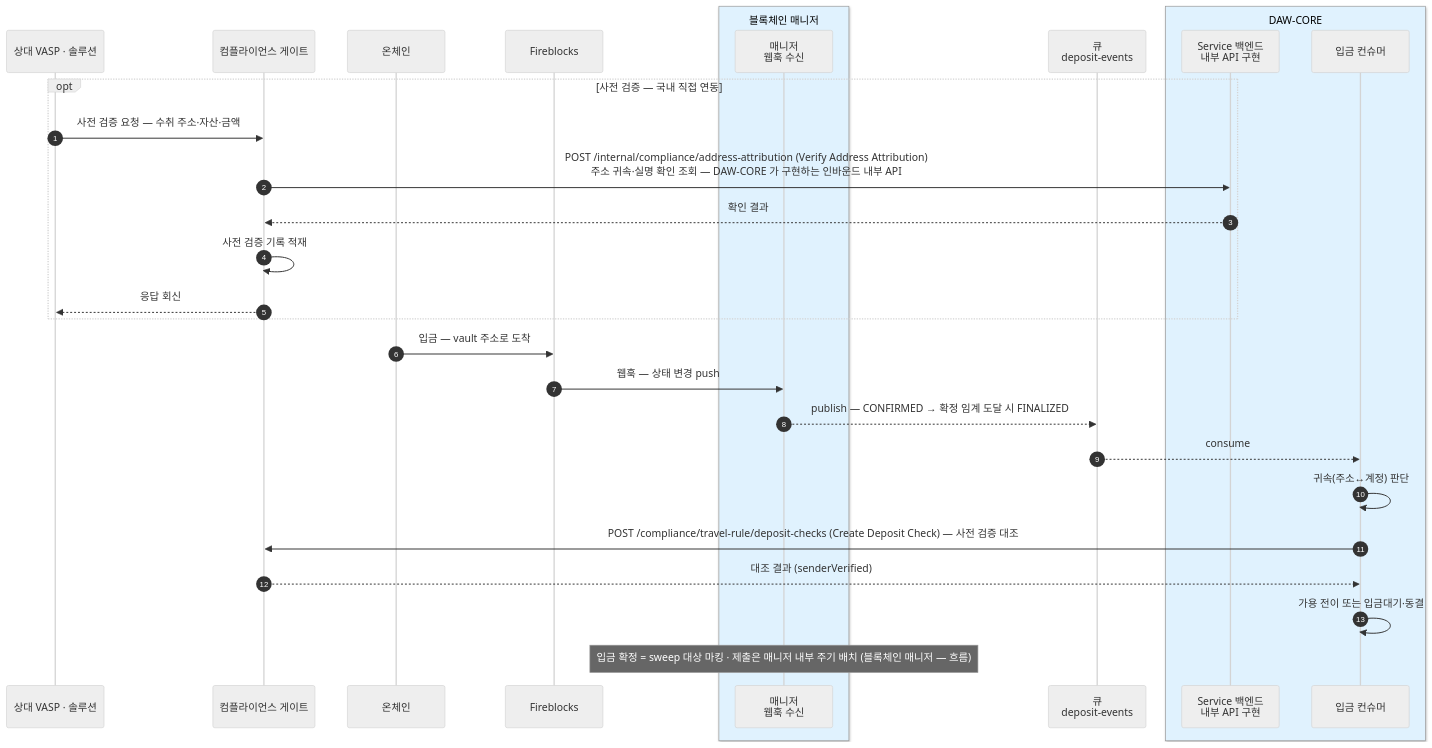
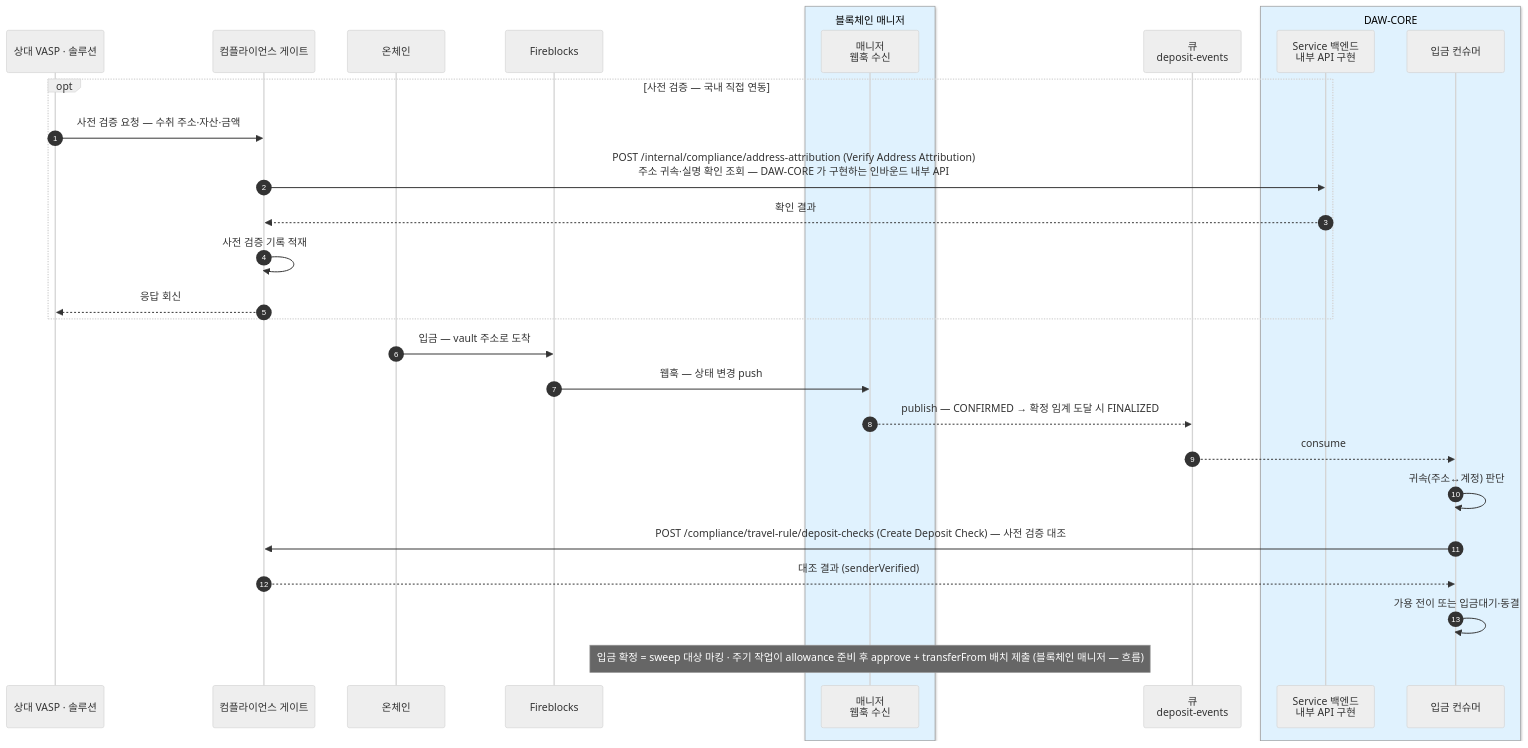
The third of 3 diagrams in docs/design/01-infra.md (eunsujeo/fireblocks-test), drawn with Mermaid (neutral theme) before and after one commit. The commit also changed other lines of this file and 12 other files, not shown here.

````diff
--- a/docs/design/01-infra.md
+++ b/docs/design/01-infra.md
@@ -189,33 +189,33 @@
 ```mermaid
 sequenceDiagram
     autonumber
     participant NET as 상대 VASP · 솔루션
     participant CP as 컴플라이언스 게이트
     participant CH as 온체인
     participant FB as Fireblocks
     box rgb(224,242,254) 블록체인 매니저
     participant BM as 매니저<br/>웹훅 수신
     end
     participant MQ as 큐<br/>deposit-events
     box rgb(224,242,254) DAW-CORE
     participant SVC as Service 백엔드<br/>내부 API 구현
     participant BE as 입금 컨슈머
     end
 
     opt 사전 검증 — 국내 직접 연동
         NET->>CP: 사전 검증 요청 — 수취 주소·자산·금액
         CP->>SVC: POST /internal/compliance/address-attribution (Verify Address Attribution)<br/>주소 귀속·실명 확인 조회 — DAW-CORE 가 구현하는 인바운드 내부 API
         SVC-->>CP: 확인 결과
         CP->>CP: 사전 검증 기록 적재
         CP-->>NET: 응답 회신
     end
     CH->>FB: 입금 — vault 주소로 도착
     FB->>BM: 웹훅 — 상태 변경 push
     BM-->>MQ: publish — CONFIRMED → 확정 임계 도달 시 FINALIZED
     MQ-->>BE: consume
     BE->>BE: 귀속(주소↔계정) 판단
     BE->>CP: POST /compliance/travel-rule/deposit-checks (Create Deposit Check) — 사전 검증 대조
     CP-->>BE: 대조 결과 (senderVerified)
     BE->>BE: 가용 전이 또는 입금대기·동결
-    Note over BM: 입금 확정 = sweep 대상 마킹 · 제출은 매니저 내부 주기 배치 (블록체인 매니저 — 흐름)
+    Note over BM: 입금 확정 = sweep 대상 마킹 · 주기 작업이 allowance 준비 후 approve + transferFrom 배치 제출 (블록체인 매니저 — 흐름)
 ```
````
